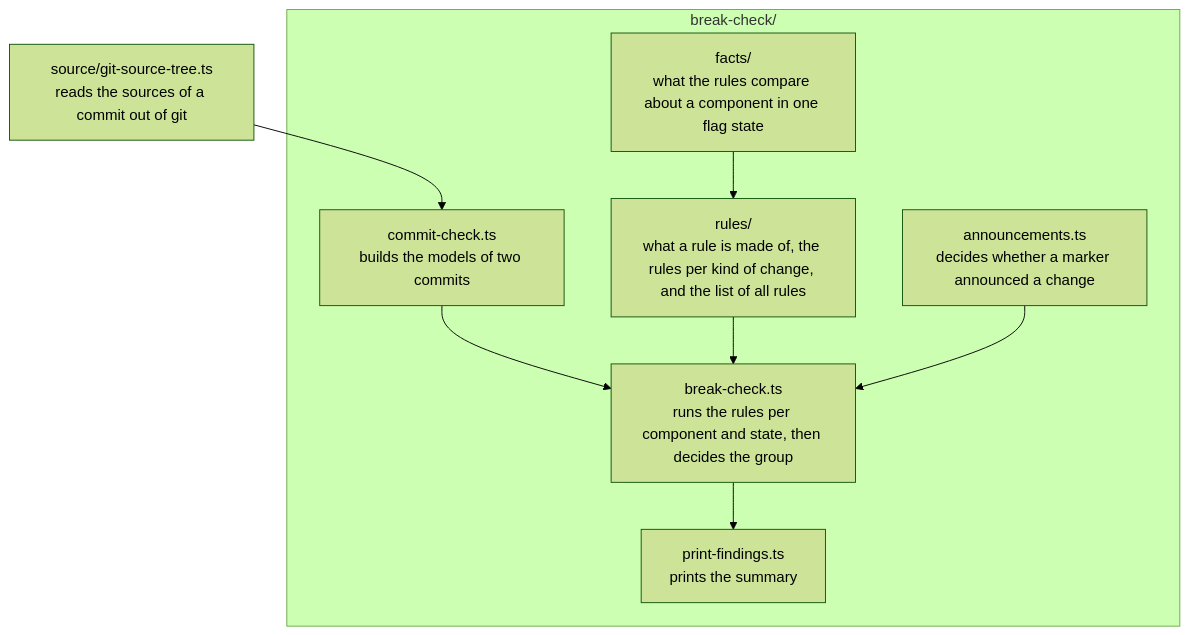
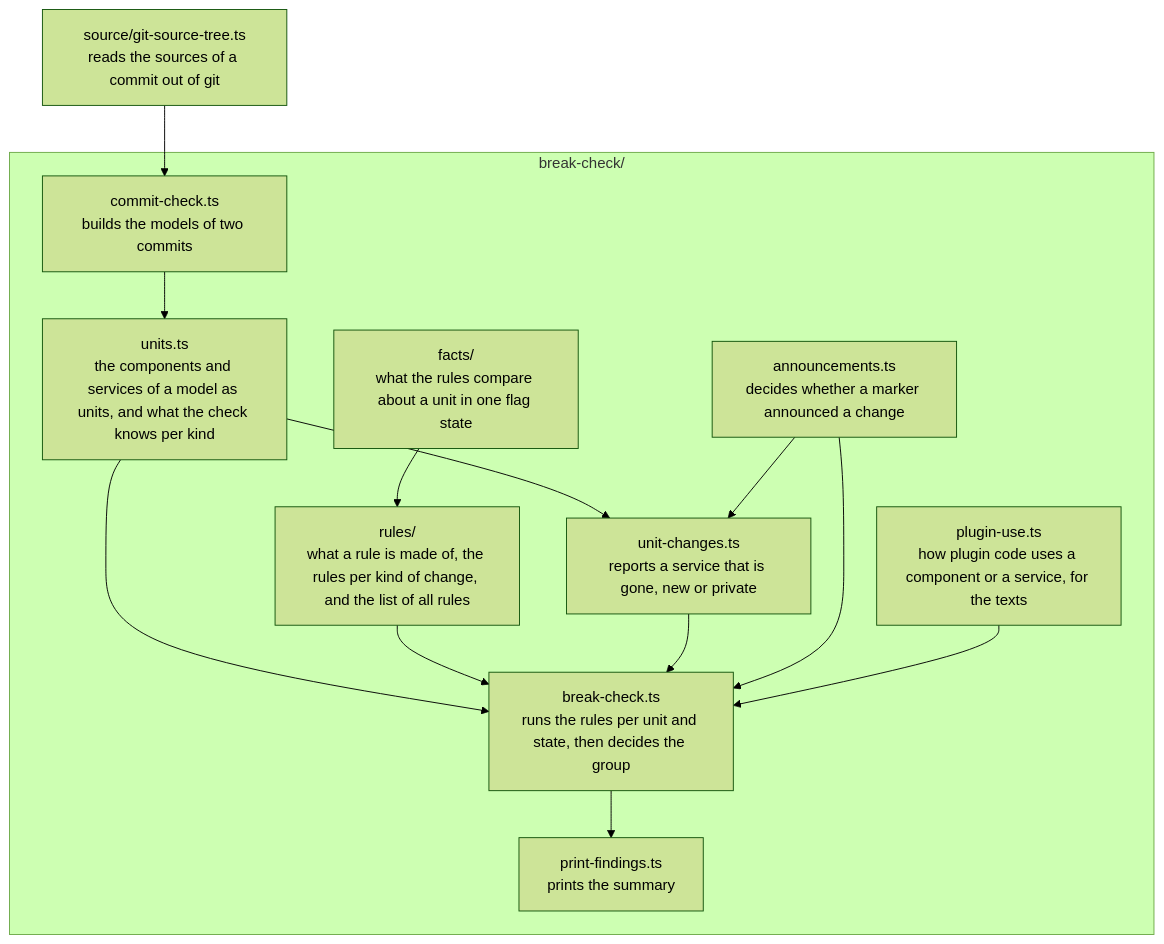
One commit to shopware/shopware changed the second of 2 diagrams in src/Administration/Resources/app/administration/scripts/generate-public-api/README.md. Above: the diagram before and after it, drawn with Mermaid (forest theme). The commit also changed other lines of this file and 135 other files, not shown here.

````diff
--- a/src/Administration/Resources/app/administration/scripts/generate-public-api/README.md
+++ b/src/Administration/Resources/app/administration/scripts/generate-public-api/README.md
@@ -101,16 +110,22 @@
 ```mermaid
 flowchart TD
     git["source/git-source-tree.ts<br/>reads the sources of a commit out of git"]
     subgraph check["break-check/"]
         commits["commit-check.ts<br/>builds the models of two commits"]
-        facts["facts/<br/>what the rules compare about a component in one flag state"]
+        units["units.ts<br/>the components and services of a model as units, and what the check knows per kind"]
+        facts["facts/<br/>what the rules compare about a unit in one flag state"]
         rules["rules/<br/>what a rule is made of, the rules per kind of change, and the list of all rules"]
-        classify["break-check.ts<br/>runs the rules per component and state, then decides the group"]
+        classify["break-check.ts<br/>runs the rules per unit and state, then decides the group"]
+        whole["unit-changes.ts<br/>reports a service that is gone, new or private"]
         announced["announcements.ts<br/>decides whether a marker announced a change"]
+        use["plugin-use.ts<br/>how plugin code uses a component or a service, for the texts"]
         print["print-findings.ts<br/>prints the summary"]
     end
 
-    git --> commits --> classify
+    git --> commits --> units --> classify
     facts --> rules --> classify --> print
+    units --> whole --> classify
     announced --> classify
+    announced --> whole
+    use --> classify
 ```
````
